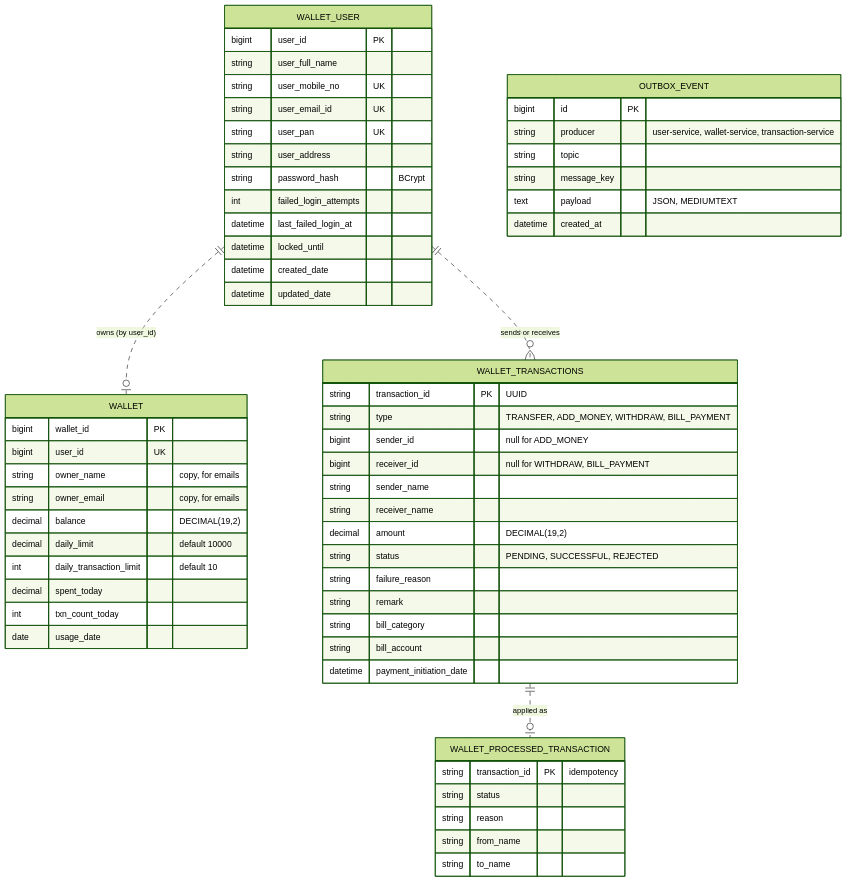
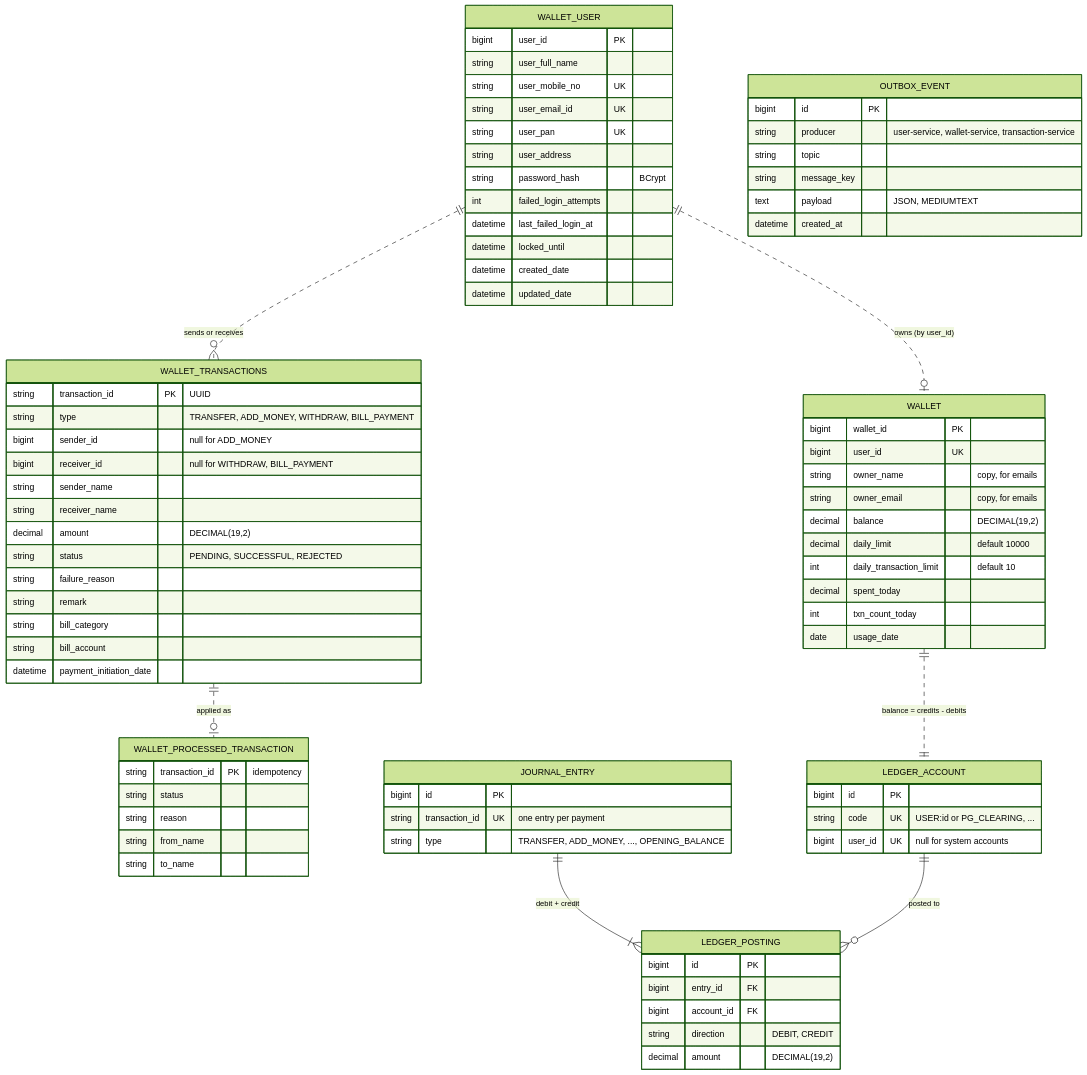
Before and after one commit to adityachauhan564/PayMesh: the ninth of 10 diagrams in README.md, drawn with Mermaid (forest theme). The commit also changed other lines of this file, not shown here.

Commit message:
docs: double-entry ledger

````diff
--- a/README.md
+++ b/README.md
@@ -398,6 +419,23 @@
         string bill_account
         datetime payment_initiation_date
     }
+    LEDGER_ACCOUNT {
+        bigint id PK
+        string code UK "USER:id or PG_CLEARING, ..."
+        bigint user_id UK "null for system accounts"
+    }
+    JOURNAL_ENTRY {
+        bigint id PK
+        string transaction_id UK "one entry per payment"
+        string type "TRANSFER, ADD_MONEY, ..., OPENING_BALANCE"
+    }
+    LEDGER_POSTING {
+        bigint id PK
+        bigint entry_id FK
+        bigint account_id FK
+        string direction "DEBIT, CREDIT"
+        decimal amount "DECIMAL(19,2)"
+    }
     OUTBOX_EVENT {
         bigint id PK
         string producer "user-service, wallet-service, transaction-service"
@@ -410,4 +448,7 @@
     WALLET_USER ||..o| WALLET : "owns (by user_id)"
     WALLET_USER ||..o{ WALLET_TRANSACTIONS : "sends or receives"
     WALLET_TRANSACTIONS ||..o| WALLET_PROCESSED_TRANSACTION : "applied as"
+    JOURNAL_ENTRY ||--|{ LEDGER_POSTING : "debit + credit"
+    LEDGER_ACCOUNT ||--o{ LEDGER_POSTING : "posted to"
+    WALLET ||..|| LEDGER_ACCOUNT : "balance = credits - debits"
 ```
````
